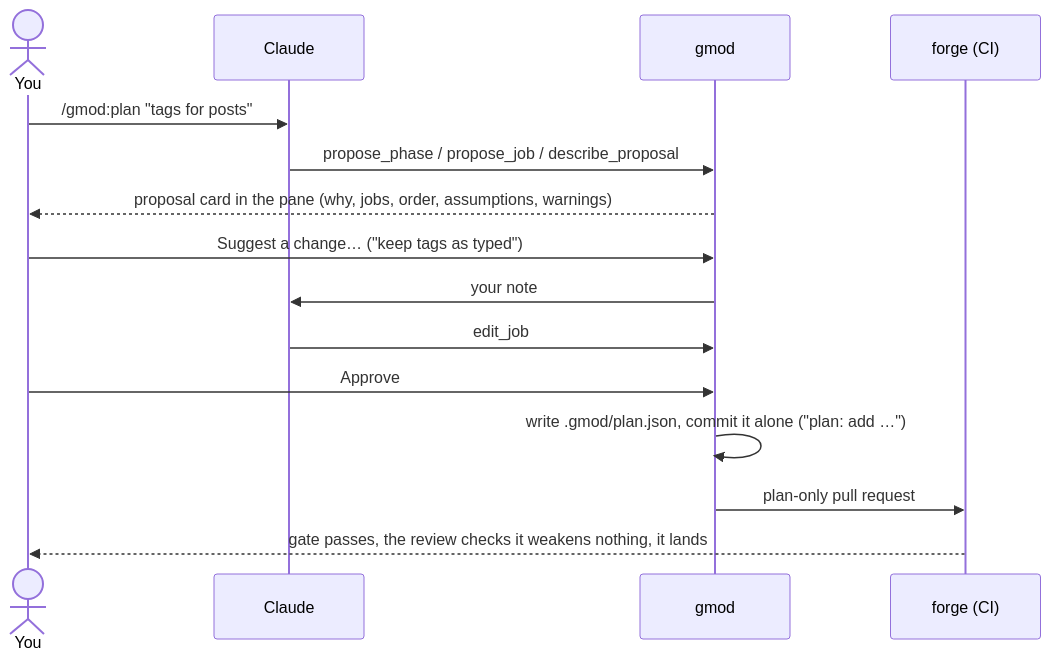
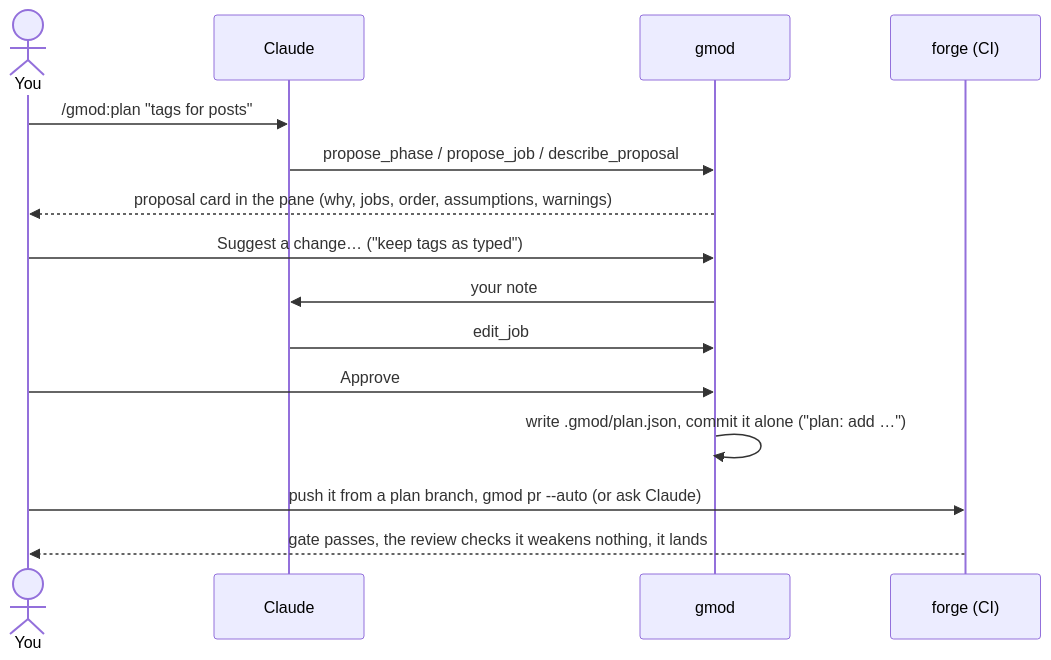
Before and after one commit to soundheart-studios/gmod: the first of 4 diagrams in docs/reference.md, drawn with Mermaid. The commit also changed 6 other files, not shown here.

````diff
--- a/docs/reference.md
+++ b/docs/reference.md
@@ -53,17 +53,17 @@
 ```mermaid
 sequenceDiagram
     actor You
     participant C as Claude
     participant G as gmod
     participant F as forge (CI)
     You->>C: /gmod:plan "tags for posts"
     C->>G: propose_phase / propose_job / describe_proposal
     G-->>You: proposal card in the pane (why, jobs, order, assumptions, warnings)
     You->>G: Suggest a change… ("keep tags as typed")
     G->>C: your note
     C->>G: edit_job
     You->>G: Approve
     G->>G: write .gmod/plan.json, commit it alone ("plan: add …")
-    G->>F: plan-only pull request
+    You->>F: push it from a plan branch, gmod pr --auto (or ask Claude)
     F-->>You: gate passes, the review checks it weakens nothing, it lands
 ```
````
